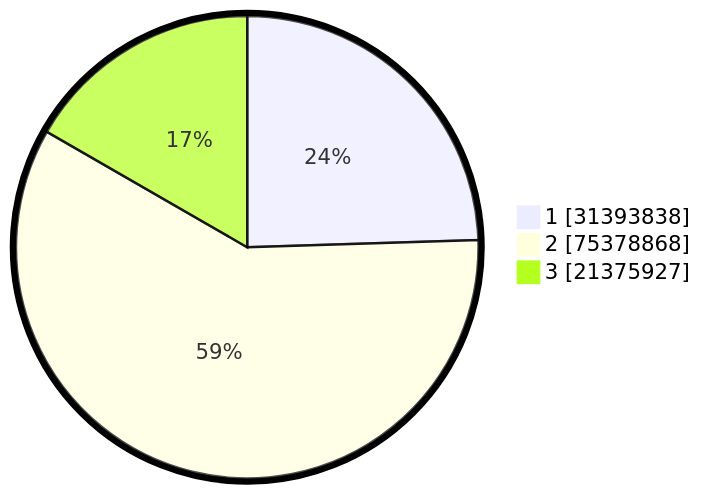
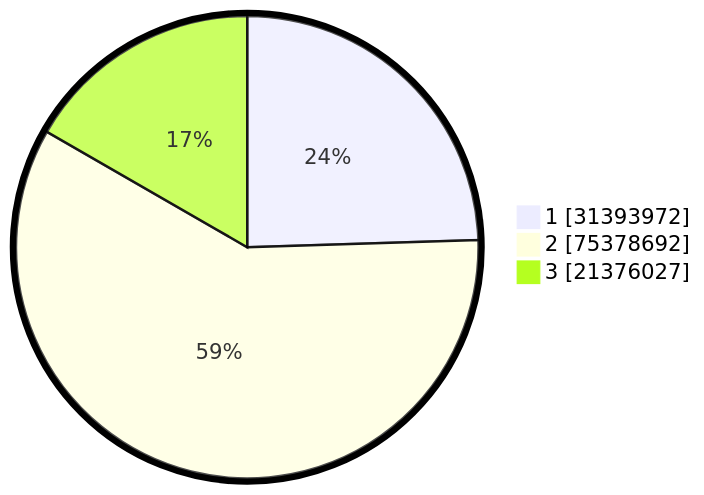
The second of 2 diagrams in pilpres/hitung-suara/README.md (gigit-pemilu/pemilu-2024), drawn with Mermaid before and after one commit. The commit also changed other lines of this file and 8 other files, not shown here.

````diff
--- a/pilpres/hitung-suara/README.md
+++ b/pilpres/hitung-suara/README.md
@@ -93,7 +93,7 @@
 ```mermaid
 %%{init: {"pie": {"textPosition": 0.5}, "themeVariables": {"pieOuterStrokeWidth": "5px"}} }%%
 pie showData
-    "1" : 31393838
-    "2" : 75378868
-    "3" : 21375927
+    "1" : 31393972
+    "2" : 75378692
+    "3" : 21376027
 ```
````
